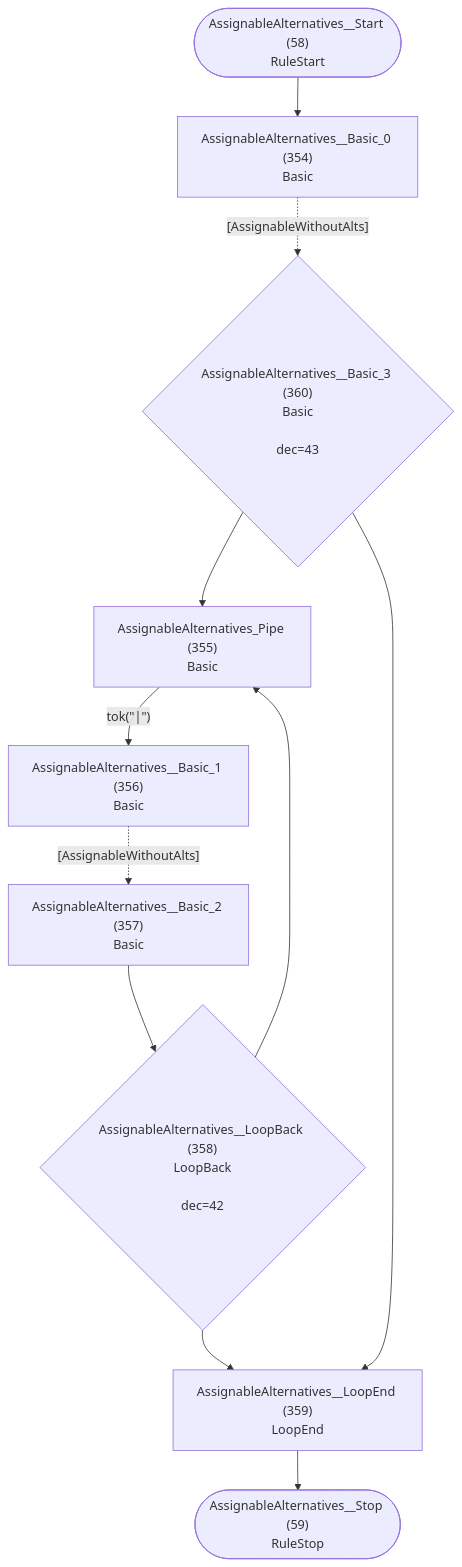
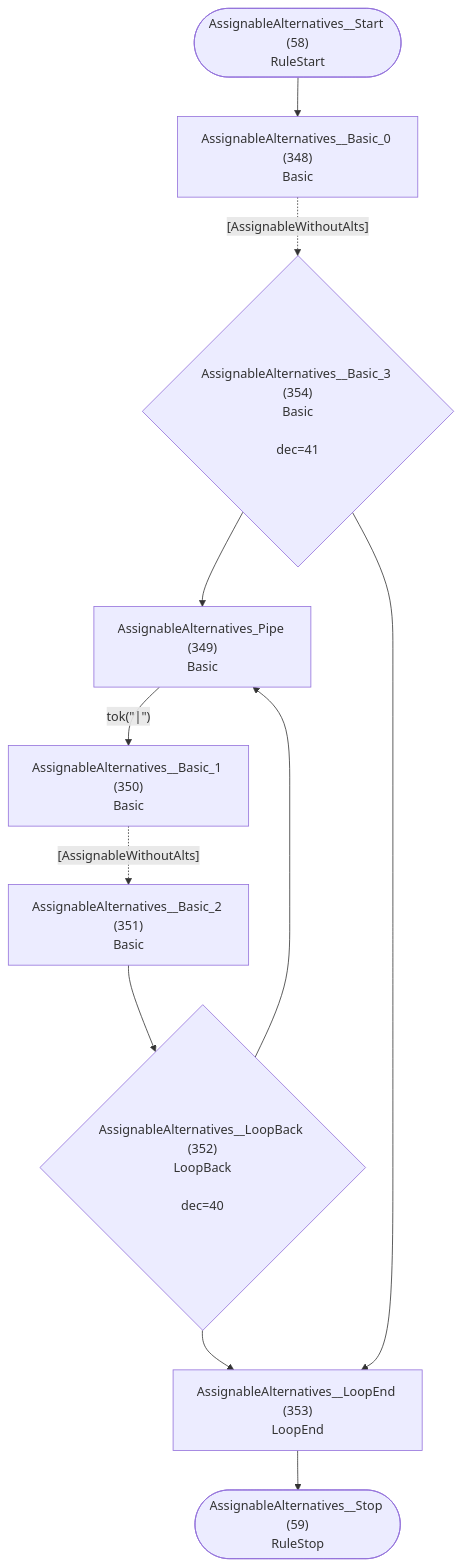
One commit to TypeFox/fastbelt changed diagram 30 of 40 in internal/grammar/atn.md. Above: the diagram before and after it, drawn with Mermaid. The commit also changed other lines of this file and 12 other files, not shown here.

````diff
--- a/internal/grammar/atn.md
+++ b/internal/grammar/atn.md
@@ -905,23 +891,23 @@
 ```mermaid
 flowchart TD
     q58(["AssignableAlternatives__Start (58)<br/>RuleStart"])
     q59(["AssignableAlternatives__Stop (59)<br/>RuleStop"])
-    q354["AssignableAlternatives__Basic_0 (354)<br/>Basic<br/>"]
-    q355["AssignableAlternatives_Pipe (355)<br/>Basic<br/>"]
-    q356["AssignableAlternatives__Basic_1 (356)<br/>Basic<br/>"]
-    q357["AssignableAlternatives__Basic_2 (357)<br/>Basic<br/>"]
-    q358{"AssignableAlternatives__LoopBack (358)<br/>LoopBack<br/><br/>dec=42"}
-    q359["AssignableAlternatives__LoopEnd (359)<br/>LoopEnd<br/>"]
-    q360{"AssignableAlternatives__Basic_3 (360)<br/>Basic<br/><br/>dec=43"}
+    q348["AssignableAlternatives__Basic_0 (348)<br/>Basic<br/>"]
+    q349["AssignableAlternatives_Pipe (349)<br/>Basic<br/>"]
+    q350["AssignableAlternatives__Basic_1 (350)<br/>Basic<br/>"]
+    q351["AssignableAlternatives__Basic_2 (351)<br/>Basic<br/>"]
+    q352{"AssignableAlternatives__LoopBack (352)<br/>LoopBack<br/><br/>dec=40"}
+    q353["AssignableAlternatives__LoopEnd (353)<br/>LoopEnd<br/>"]
+    q354{"AssignableAlternatives__Basic_3 (354)<br/>Basic<br/><br/>dec=41"}
 
-    q58 --> q354
-    q354 -.->|"[AssignableWithoutAlts]"| q360
-    q355 -->|"tok(&quot;|&quot;)"| q356
-    q356 -.->|"[AssignableWithoutAlts]"| q357
-    q357 --> q358
-    q358 --> q355
-    q358 --> q359
-    q359 --> q59
-    q360 --> q355
-    q360 --> q359
+    q58 --> q348
+    q348 -.->|"[AssignableWithoutAlts]"| q354
+    q349 -->|"tok(&quot;|&quot;)"| q350
+    q350 -.->|"[AssignableWithoutAlts]"| q351
+    q351 --> q352
+    q352 --> q349
+    q352 --> q353
+    q353 --> q59
+    q354 --> q349
+    q354 --> q353
 ```
````
